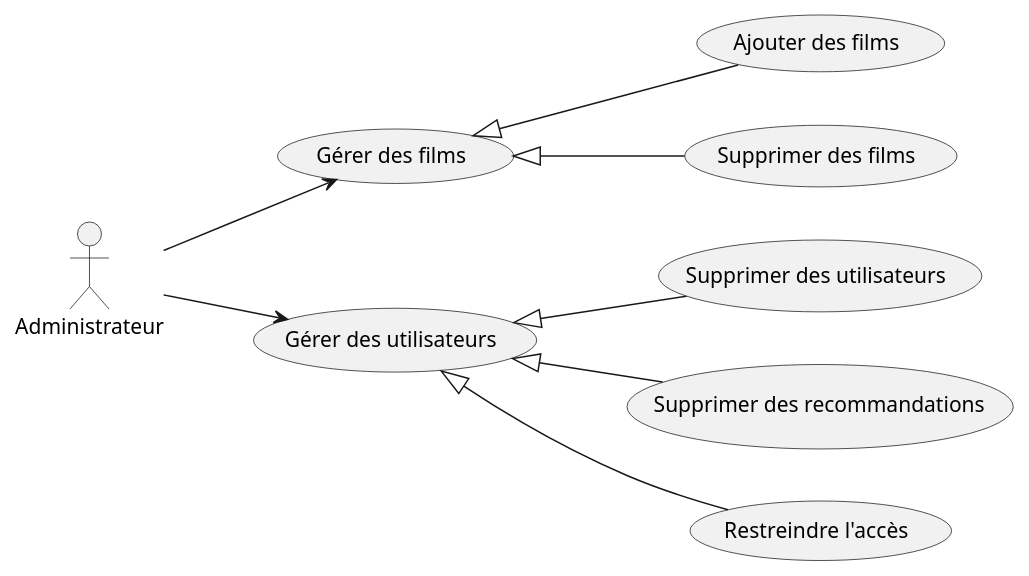
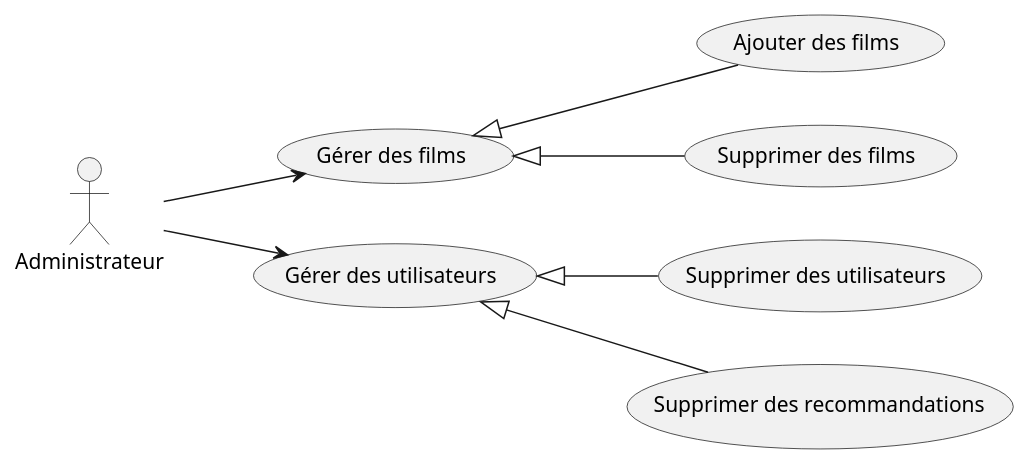
Before and after one commit to LeVraisPeg/backlog-repo: the diagram in UML/diag_usecase/admin/diag_admin.puml, drawn with PlantUML. The commit also changed 5 other files, not shown here.

Commit message:
UML : FnishAllDiag

```diff
--- a/UML/diag_usecase/admin/diag_admin.puml
+++ b/UML/diag_usecase/admin/diag_admin.puml
@@ -1,22 +1,20 @@
 @startuml
 left to right direction
 actor Administrateur as Admin
 
 usecase "Gérer des films" as manageMovies
 usecase "Gérer des utilisateurs" as manageUsers
 usecase "Ajouter des films" as addMovies
 usecase "Supprimer des films" as removeMovies
 usecase "Supprimer des utilisateurs" as removeUsers
 usecase "Supprimer des recommandations" as removeRecommendations
-usecase "Restreindre l'accès" as restrictAccess
 
 Admin --> manageMovies
 Admin --> manageUsers
 
 manageMovies <|-- addMovies
 manageMovies <|-- removeMovies
 
 manageUsers <|-- removeUsers
-manageUsers <|-- restrictAccess
 manageUsers <|-- removeRecommendations
 @enduml
```
